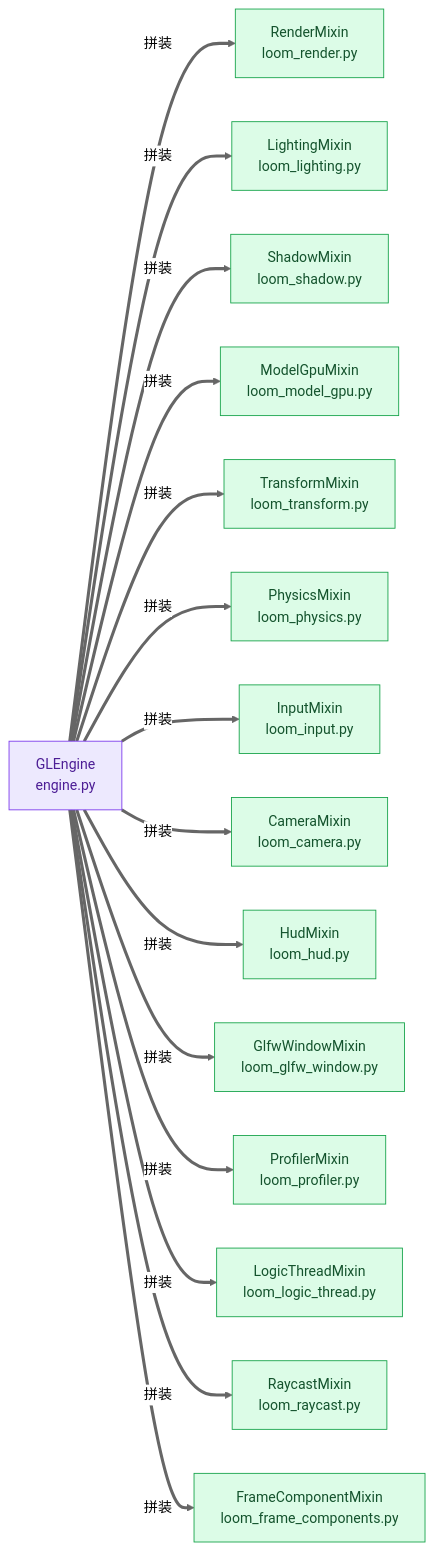
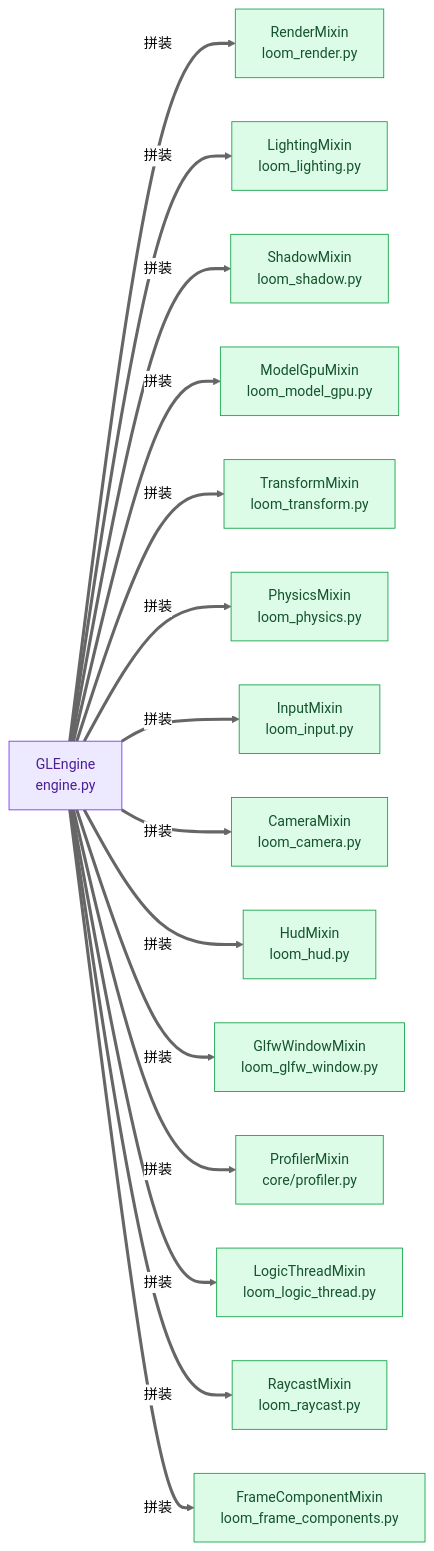
The second of 23 diagrams in ARCHITECTURE.md (lhy302/WeaveEngine), drawn with Mermaid (neutral theme) before and after one commit. The commit also changed other lines of this file and 143 other files, not shown here.

````diff
--- a/ARCHITECTURE.md
+++ b/ARCHITECTURE.md
@@ -163,20 +163,20 @@
 ```mermaid
 flowchart LR
   G["GLEngine<br/>engine.py"]:::facade
   G ==>|拼装| M1["RenderMixin<br/>loom_render.py"]:::impl
   G ==>|拼装| M2["LightingMixin<br/>loom_lighting.py"]:::impl
   G ==>|拼装| M3["ShadowMixin<br/>loom_shadow.py"]:::impl
   G ==>|拼装| M4["ModelGpuMixin<br/>loom_model_gpu.py"]:::impl
   G ==>|拼装| M5["TransformMixin<br/>loom_transform.py"]:::impl
   G ==>|拼装| M6["PhysicsMixin<br/>loom_physics.py"]:::impl
   G ==>|拼装| M7["InputMixin<br/>loom_input.py"]:::impl
   G ==>|拼装| M8["CameraMixin<br/>loom_camera.py"]:::impl
   G ==>|拼装| M9["HudMixin<br/>loom_hud.py"]:::impl
   G ==>|拼装| M10["GlfwWindowMixin<br/>loom_glfw_window.py"]:::impl
-  G ==>|拼装| M11["ProfilerMixin<br/>loom_profiler.py"]:::impl
+  G ==>|拼装| M11["ProfilerMixin<br/>core/profiler.py"]:::impl
   G ==>|拼装| M12["LogicThreadMixin<br/>loom_logic_thread.py"]:::impl
   G ==>|拼装| M13["RaycastMixin<br/>loom_raycast.py"]:::impl
   G ==>|拼装| M14["FrameComponentMixin<br/>loom_frame_components.py"]:::impl
   classDef facade fill:#ede9fe,stroke:#7c3aed,color:#4c1d95
   classDef impl fill:#dcfce7,stroke:#16a34a,color:#14532d
 ```
````
